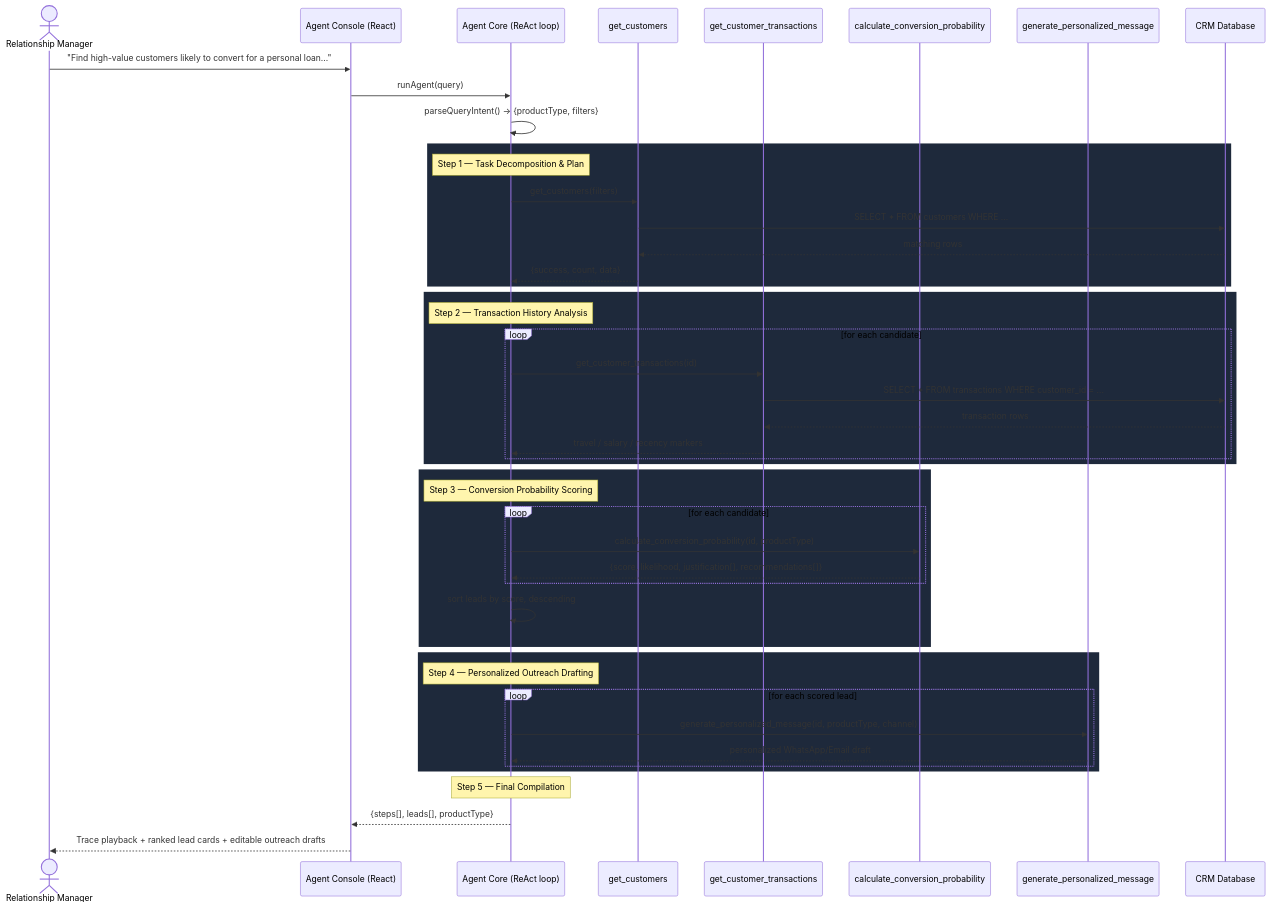
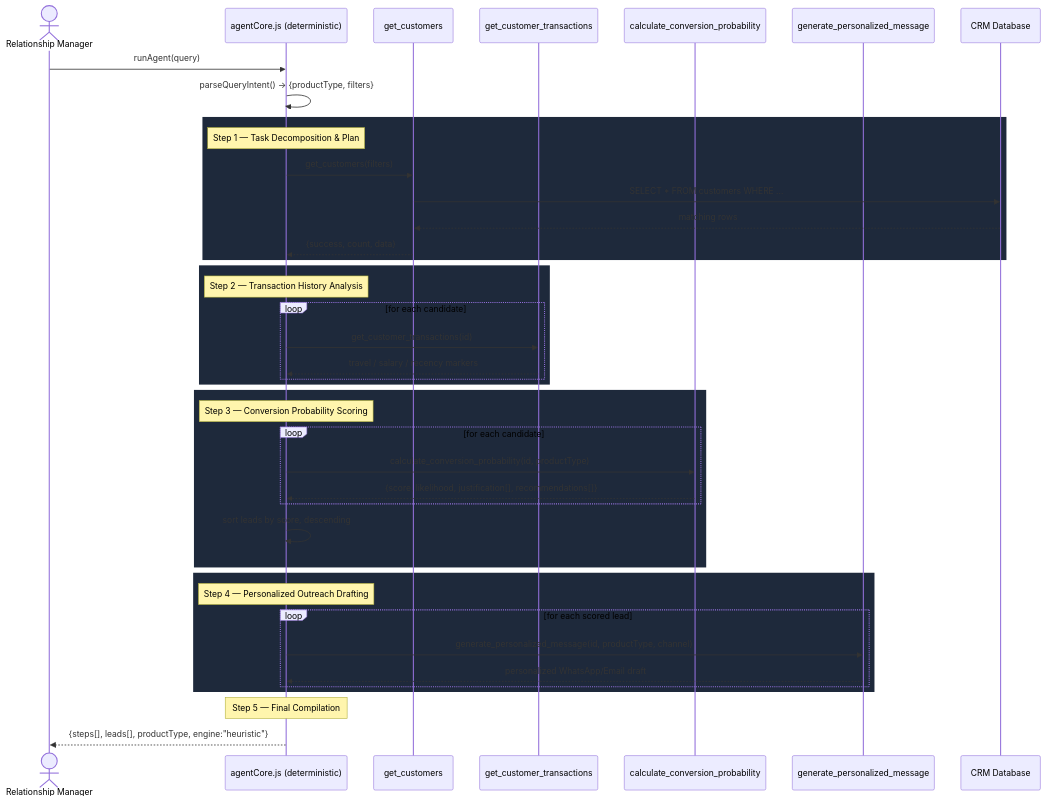
Before and after one commit to Harsh24vardhan/agentic-crm-banking: the fifth of 6 diagrams in README.md, drawn with Mermaid. The commit also changed other lines of this file and 22 other files, not shown here.

````diff
--- a/README.md
+++ b/README.md
@@ -211,54 +277,49 @@
 ```mermaid
 sequenceDiagram
     actor RM as Relationship Manager
-    participant UI as Agent Console (React)
-    participant Core as Agent Core (ReAct loop)
+    participant Core as agentCore.js (deterministic)
     participant T1 as get_customers
     participant T2 as get_customer_transactions
     participant T3 as calculate_conversion_probability
     participant T4 as generate_personalized_message
     participant DB as CRM Database
 
-    RM->>UI: "Find high-value customers likely to convert for a personal loan..."
-    UI->>Core: runAgent(query)
+    RM->>Core: runAgent(query)
     Core->>Core: parseQueryIntent() → {productType, filters}
 
     rect rgb(30, 41, 59)
     note over Core: Step 1 — Task Decomposition & Plan
     Core->>T1: get_customers(filters)
     T1->>DB: SELECT * FROM customers WHERE ...
     DB-->>T1: matching rows
     T1-->>Core: {success, count, data}
     end
 
     rect rgb(30, 41, 59)
     note over Core: Step 2 — Transaction History Analysis
     loop for each candidate
         Core->>T2: get_customer_transactions(id)
-        T2->>DB: SELECT * FROM transactions WHERE customer_id = ...
-        DB-->>T2: transaction rows
         T2-->>Core: travel / salary / recency markers
     end
     end
 
     rect rgb(30, 41, 59)
     note over Core: Step 3 — Conversion Probability Scoring
     loop for each candidate
         Core->>T3: calculate_conversion_probability(id, productType)
         T3-->>Core: {score, likelihood, justification[], recommendations[]}
     end
     Core->>Core: sort leads by score, descending
     end
 
     rect rgb(30, 41, 59)
     note over Core: Step 4 — Personalized Outreach Drafting
     loop for each scored lead
         Core->>T4: generate_personalized_message(id, productType, channel)
         T4-->>Core: personalized WhatsApp/Email draft
     end
     end
 
     note over Core: Step 5 — Final Compilation
-    Core-->>UI: {steps[], leads[], productType}
-    UI-->>RM: Trace playback + ranked lead cards + editable outreach drafts
+    Core-->>RM: {steps[], leads[], productType, engine:"heuristic"}
 ```
````
